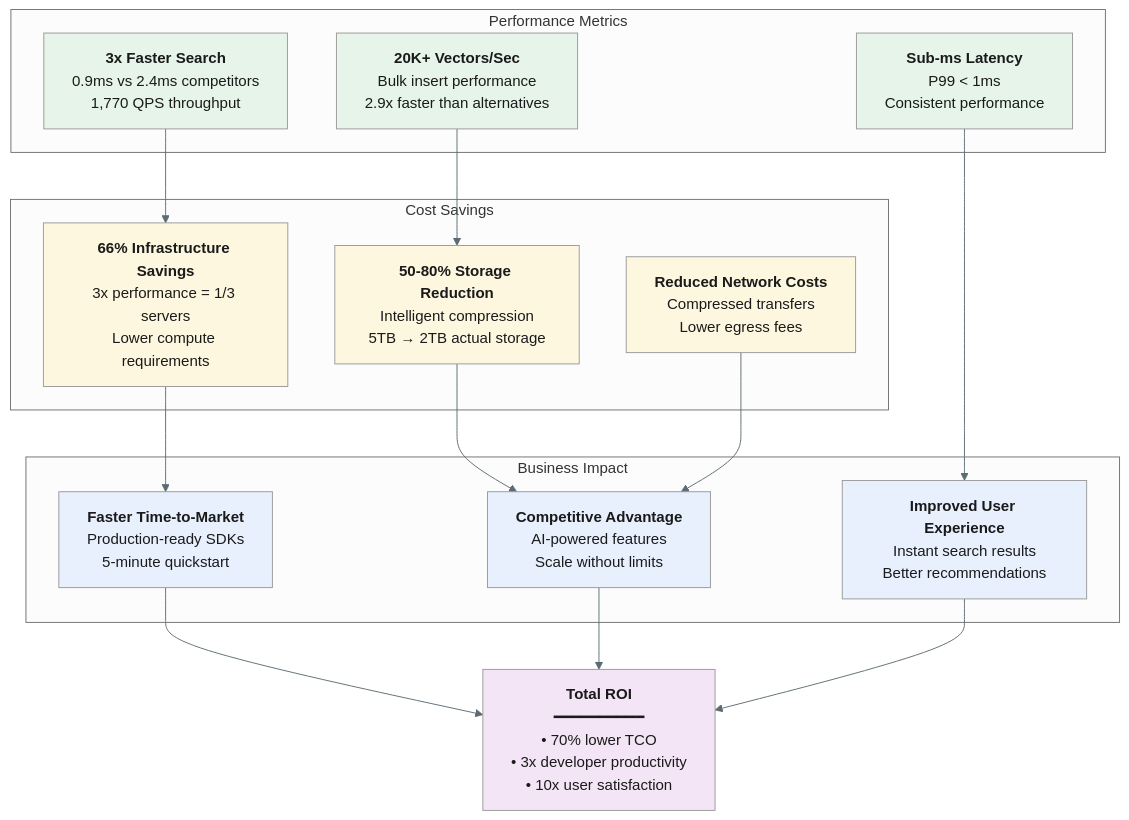
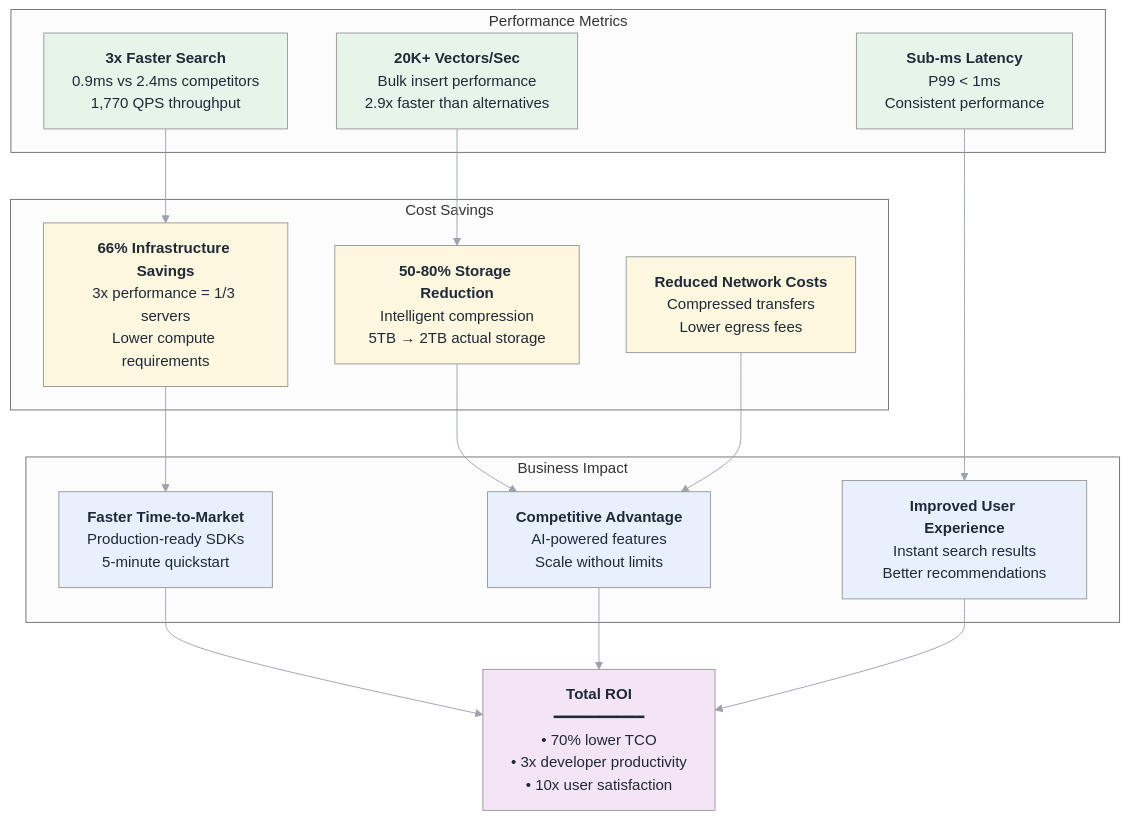
Before and after one commit to vjsingh1984/proximaDB: the diagram in docs/diagrams/business-roi-metrics.mmd, drawn with Mermaid. The commit also changed 96 other files, not shown here.

First line of the commit message:
docs: integrate and organize architecture diagrams

```diff
--- a/docs/diagrams/business-roi-metrics.mmd
+++ b/docs/diagrams/business-roi-metrics.mmd
@@ -1,44 +1,44 @@
-%%{init: {'theme':'neutral', 'themeVariables': {'primaryColor':'#2E86AB','primaryTextColor':'#1A1A1A','primaryBorderColor':'#2E86AB','lineColor':'#5C6B73','secondaryColor':'#A23B72','tertiaryColor':'#F18F01','background':'#FFFFFF','mainBkg':'#F7F7F7','textColor':'#1A1A1A'}}}%%
+%%{init: {'theme':'neutral', 'themeVariables': {'primaryColor':'#3b82f6','primaryTextColor':'#1f2937','primaryBorderColor':'#6b7280','lineColor':'#9ca3af','secondaryColor':'#10b981','tertiaryColor':'#f59e0b','background':'transparent','mainBkg':'#f3f4f6','secondBkg':'#e5e7eb','textColor':'#1f2937'}}}%%
 graph TB
     subgraph "Performance Metrics"
         P1[<b>3x Faster Search</b><br/>0.9ms vs 2.4ms competitors<br/>1,770 QPS throughput]
         P2[<b>20K+ Vectors/Sec</b><br/>Bulk insert performance<br/>2.9x faster than alternatives]
         P3[<b>Sub-ms Latency</b><br/>P99 < 1ms<br/>Consistent performance]
     end
     
     subgraph "Cost Savings"
         C1[<b>50-80% Storage Reduction</b><br/>Intelligent compression<br/>5TB → 2TB actual storage]
         C2[<b>66% Infrastructure Savings</b><br/>3x performance = 1/3 servers<br/>Lower compute requirements]
         C3[<b>Reduced Network Costs</b><br/>Compressed transfers<br/>Lower egress fees]
     end
     
     subgraph "Business Impact"
         B1[<b>Faster Time-to-Market</b><br/>Production-ready SDKs<br/>5-minute quickstart]
         B2[<b>Improved User Experience</b><br/>Instant search results<br/>Better recommendations]
         B3[<b>Competitive Advantage</b><br/>AI-powered features<br/>Scale without limits]
     end
     
     P1 --> C2
     P2 --> C1
     P3 --> B2
     
     C1 --> B3
     C2 --> B1
     C3 --> B3
     
     Total[<b>Total ROI</b><br/>━━━━━━━━━━<br/>• 70% lower TCO<br/>• 3x developer productivity<br/>• 10x user satisfaction]
     
     B1 --> Total
     B2 --> Total
     B3 --> Total
     
     style P1 fill:#e6f4ea
     style P2 fill:#e6f4ea
     style P3 fill:#e6f4ea
     style C1 fill:#fef7e0
     style C2 fill:#fef7e0
     style C3 fill:#fef7e0
     style B1 fill:#e8f0fe
     style B2 fill:#e8f0fe
     style B3 fill:#e8f0fe
     style Total fill:#f3e5f5
```
